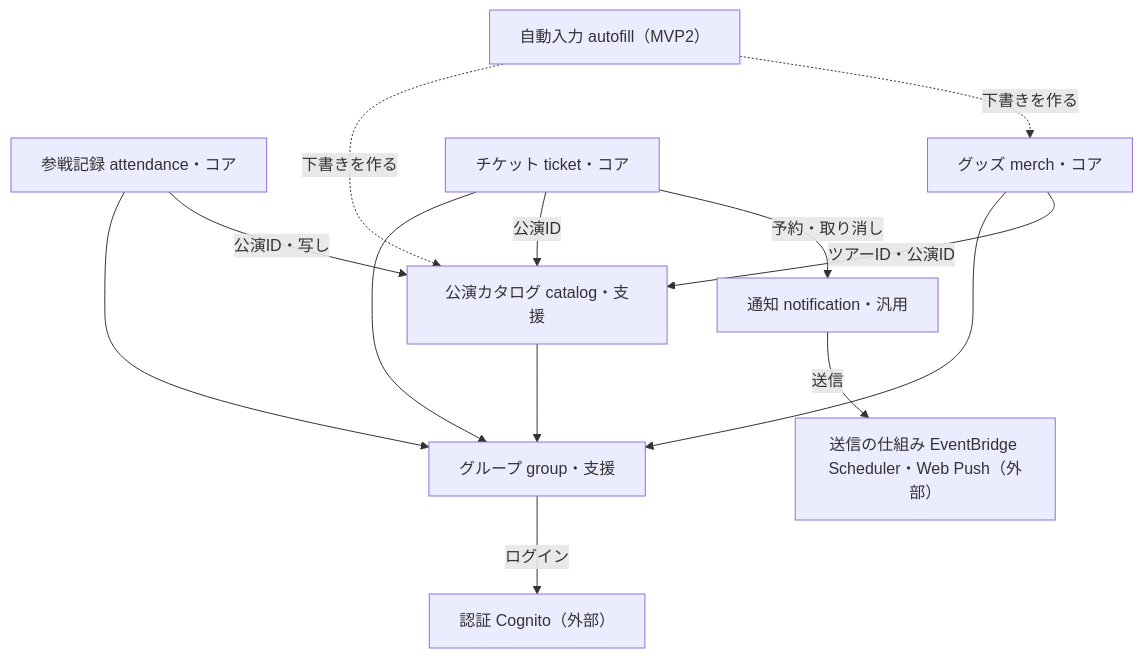
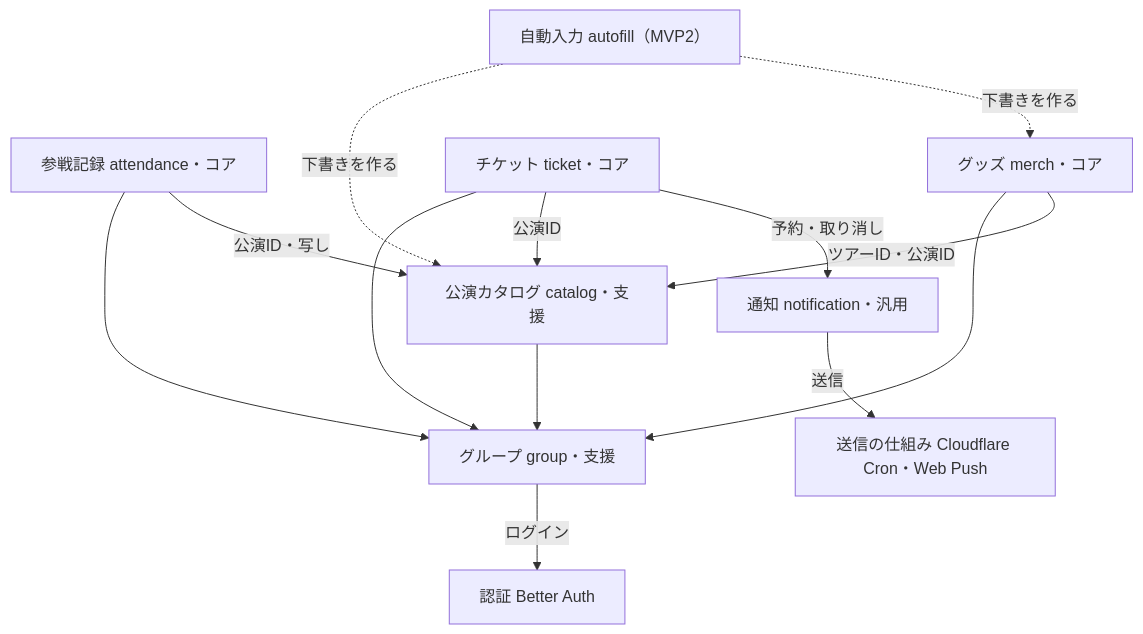
The diagram in docs/context-map.md (oze-xxbumpxx/yoin), drawn with Mermaid before and after one commit. The commit also changed other lines of this file, not shown here.

````diff
--- a/docs/context-map.md
+++ b/docs/context-map.md
@@ -7,25 +7,25 @@
 ```mermaid
 flowchart TB
-  cognito[認証 Cognito（外部）]
-  sched[送信の仕組み EventBridge Scheduler・Web Push（外部）]
+  auth[認証 Better Auth]
+  sched[送信の仕組み Cloudflare Cron・Web Push]
   autofill[自動入力 autofill（MVP2）]
   group[グループ group・支援]
   catalog[公演カタログ catalog・支援]
   attendance[参戦記録 attendance・コア]
   merch[グッズ merch・コア]
   ticket[チケット ticket・コア]
   notification[通知 notification・汎用]
 
-  group -->|ログイン| cognito
+  group -->|ログイン| auth
   catalog --> group
   attendance --> group
   merch --> group
   ticket --> group
   attendance -->|公演ID・写し| catalog
   merch -->|ツアーID・公演ID| catalog
   ticket -->|公演ID| catalog
   ticket -->|予約・取り消し| notification
   notification -->|送信| sched
   autofill -.->|下書きを作る| catalog
   autofill -.->|下書きを作る| merch
 ```
````
